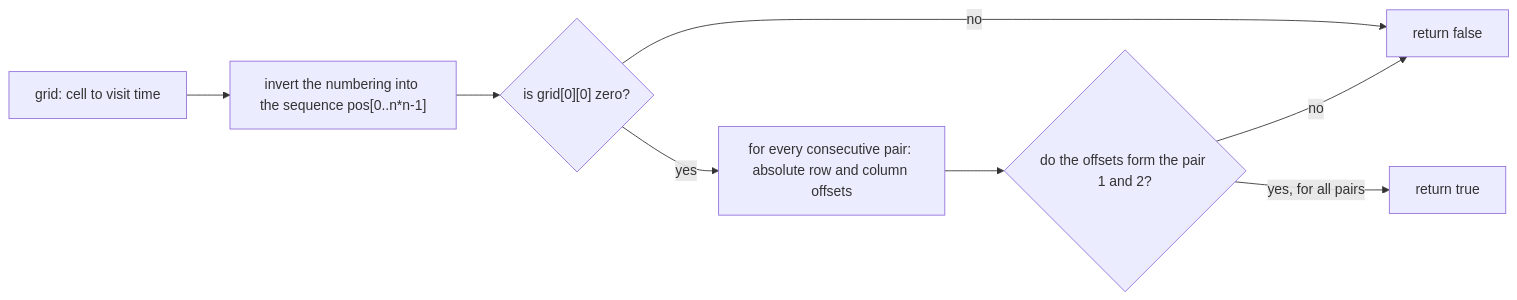
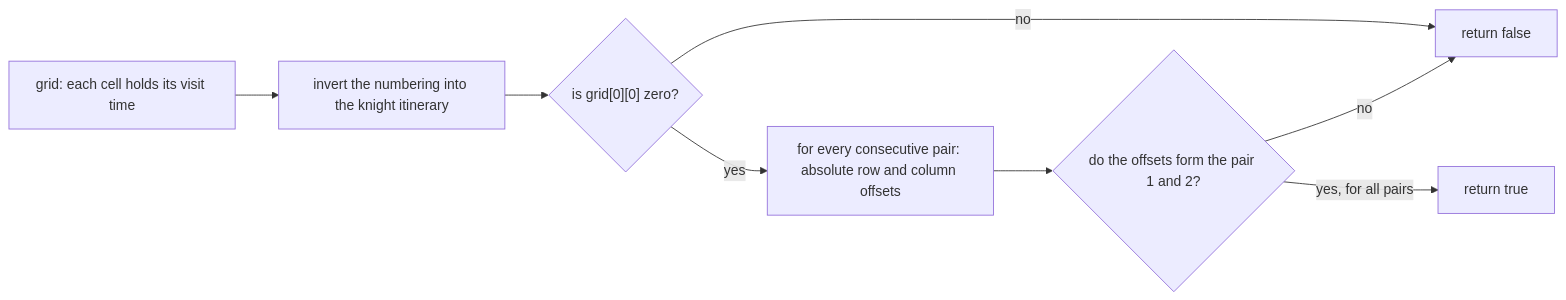
Before and after one commit to dawei7/code_n: the diagram in dsa/leetcode/2596_check-knight-tour-configuration/guided_example.md, drawn with Mermaid. The commit also changed 6 other files, not shown here.

````diff
--- a/dsa/leetcode/2596_check-knight-tour-configuration/guided_example.md
+++ b/dsa/leetcode/2596_check-knight-tour-configuration/guided_example.md
@@ -69,10 +69,12 @@
 ```mermaid
 flowchart LR
-  A["grid: cell to visit time"] --> B["invert the numbering into the sequence pos[0..n*n-1]"]
+  accTitle: Decision flow for validating a knight tour configuration
+  accDescr: The grid of visit times is turned into the knight itinerary, the top-left entry is tested for zero, and then every consecutive pair of cells is tested for absolute offsets of one and two before the configuration is accepted.
+  A["grid: each cell holds its visit time"] --> B["invert the numbering into the knight itinerary"]
   B --> C{"is grid[0][0] zero?"}
   C -- "no" --> F["return false"]
   C -- "yes" --> D["for every consecutive pair: absolute row and column offsets"]
   D --> E{"do the offsets form the pair 1 and 2?"}
   E -- "no" --> F
   E -- "yes, for all pairs" --> G["return true"]
 ```
````
